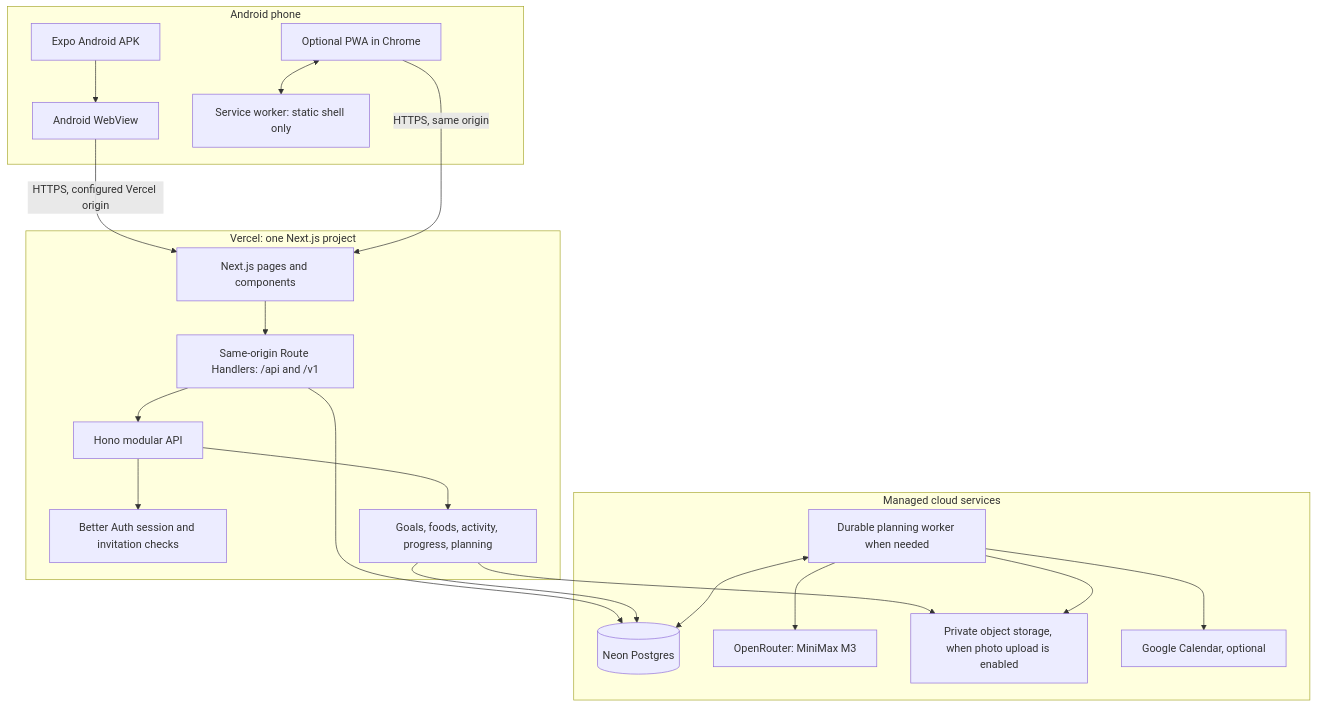
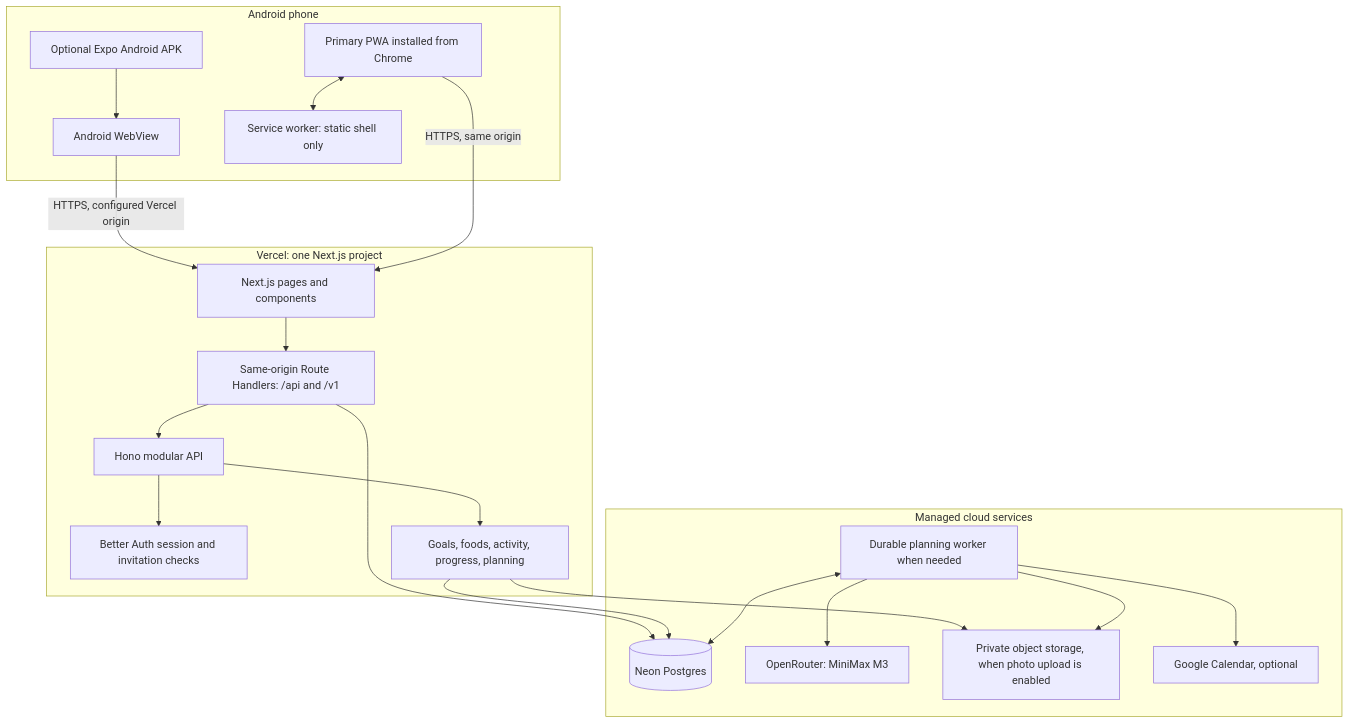
The first of 5 diagrams in docs/IMPLEMENTATION_PLAN.md (siddharthg2309/healthcare), drawn with Mermaid before and after one commit. The commit also changed other lines of this file and 3 other files, not shown here.

Commit message:
docs(deploy): make Android PWA the default path

````diff
--- a/docs/IMPLEMENTATION_PLAN.md
+++ b/docs/IMPLEMENTATION_PLAN.md
@@ -376,41 +376,41 @@
 ```mermaid
 flowchart TB
   subgraph Android[Android phone]
-    APK[Expo Android APK]
+    Browser[Primary PWA installed from Chrome]
+    APK[Optional Expo Android APK]
     WebView[Android WebView]
-    Browser[Optional PWA in Chrome]
     SW[Service worker: static shell only]
     Browser <--> SW
     APK --> WebView
   end
 
   subgraph Vercel[Vercel: one Next.js project]
     UI[Next.js pages and components]
     Routes[Same-origin Route Handlers: /api and /v1]
     Hono[Hono modular API]
     Auth[Better Auth session and invitation checks]
     Domain[Goals, foods, activity, progress, planning]
     UI --> Routes
     Routes --> Hono
     Hono --> Auth
     Hono --> Domain
   end
 
   subgraph Cloud[Managed cloud services]
     DB[(Neon Postgres)]
     Worker[Durable planning worker when needed]
     Model[OpenRouter: MiniMax M3]
     Storage[Private object storage, when photo upload is enabled]
     Calendar[Google Calendar, optional]
   end
 
   WebView -->|HTTPS, configured Vercel origin| UI
   Browser -->|HTTPS, same origin| UI
   Routes --> DB
   Domain --> DB
   Worker <--> DB
   Worker --> Model
   Domain --> Storage
   Worker --> Storage
   Worker --> Calendar
 ```
````
